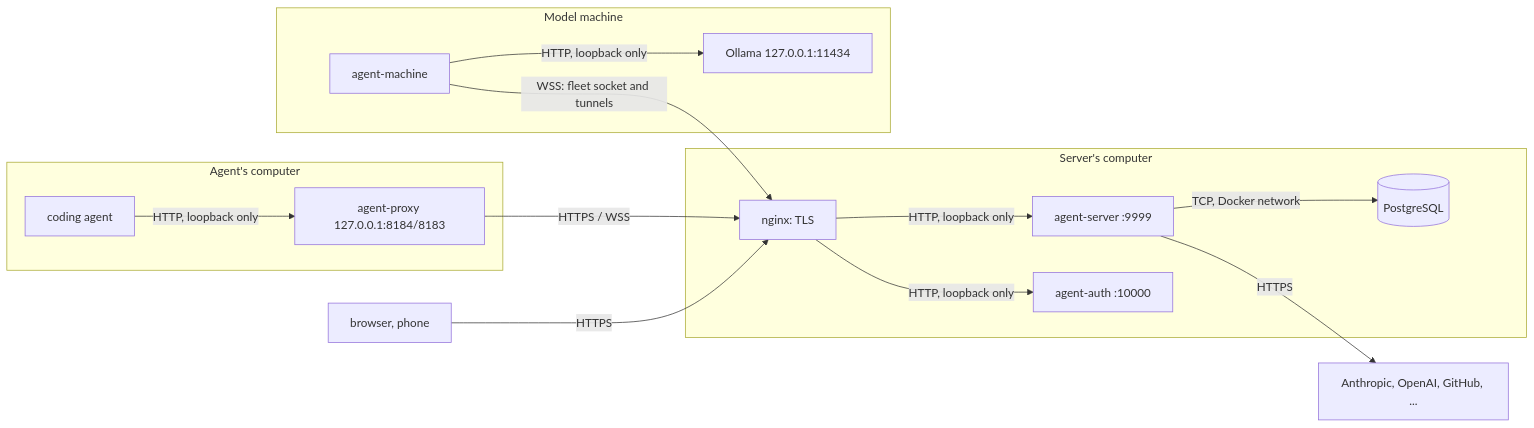
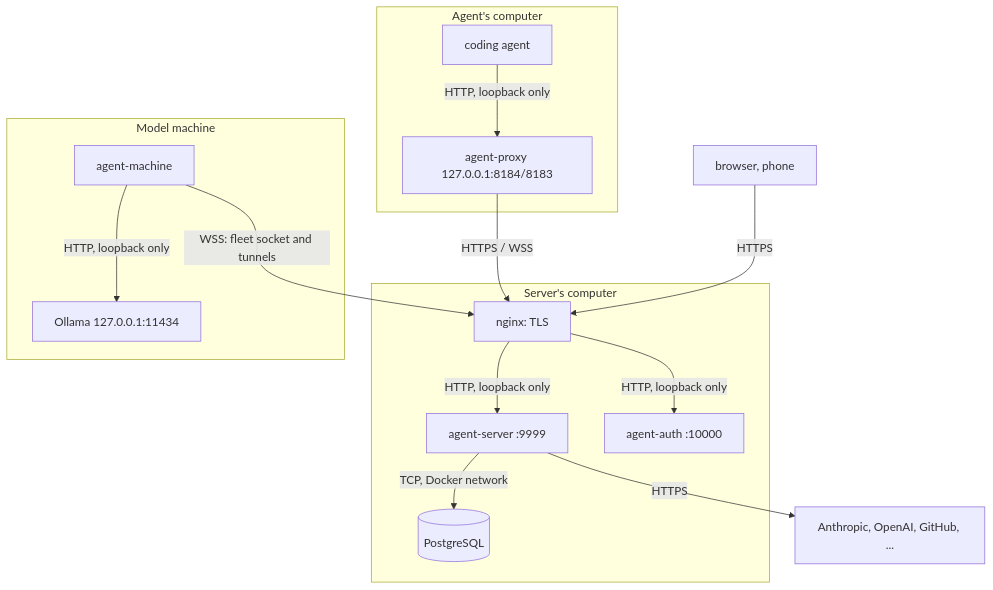
The second of 2 diagrams in docs/security.md (joeyenfield/ai-coding-agent-proxy), drawn with Mermaid before and after one commit. The commit also changed 6 other files, not shown here.

Commit message:
List the OIDC page in the console's Docs, fix its diagram, add the Approve a device screenshot, test that every docs page is listed

````diff
--- a/docs/security.md
+++ b/docs/security.md
@@ -137,18 +137,18 @@
 ```mermaid
-flowchart LR
+flowchart TB
   subgraph laptop["Agent's computer"]
     agent["coding agent"] -- "HTTP, loopback only" --> proxy["agent-proxy 127.0.0.1:8184/8183"]
   end
   subgraph host["Server's computer"]
     nginx["nginx: TLS"] -- "HTTP, loopback only" --> server["agent-server :9999"]
     nginx -- "HTTP, loopback only" --> issuer["agent-auth :10000"]
     server -- "TCP, Docker network" --> db[("PostgreSQL")]
   end
   subgraph box["Model machine"]
     machine["agent-machine"] -- "HTTP, loopback only" --> ollama["Ollama 127.0.0.1:11434"]
   end
   proxy -- "HTTPS / WSS" --> nginx
   machine -- "WSS: fleet socket and tunnels" --> nginx
   browser["browser, phone"] -- "HTTPS" --> nginx
   server -- "HTTPS" --> vendors["Anthropic, OpenAI, GitHub, ..."]
 ```
````
